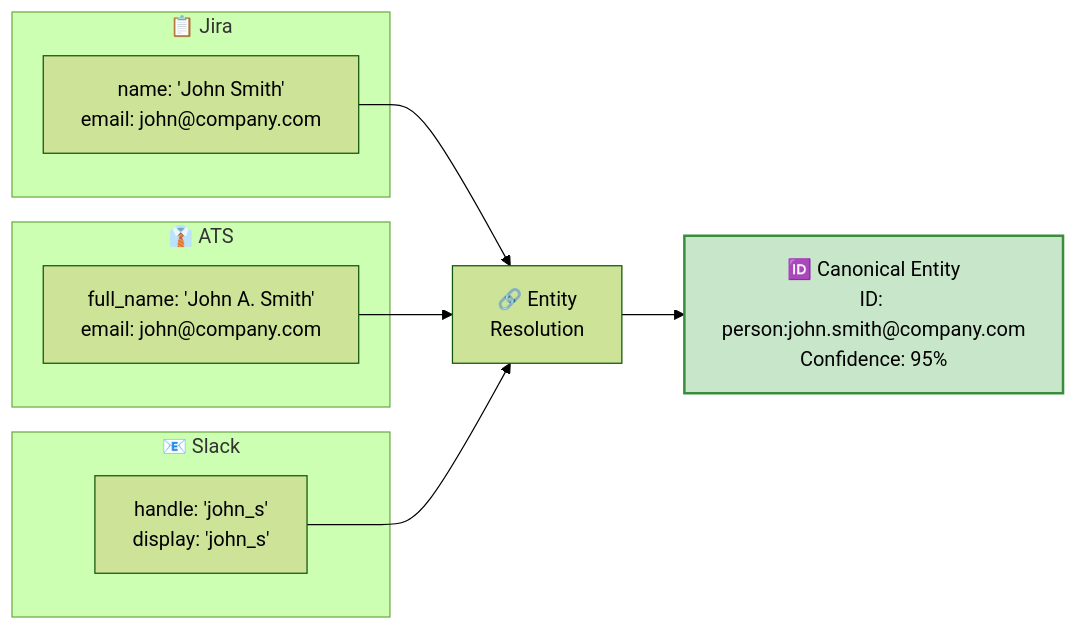
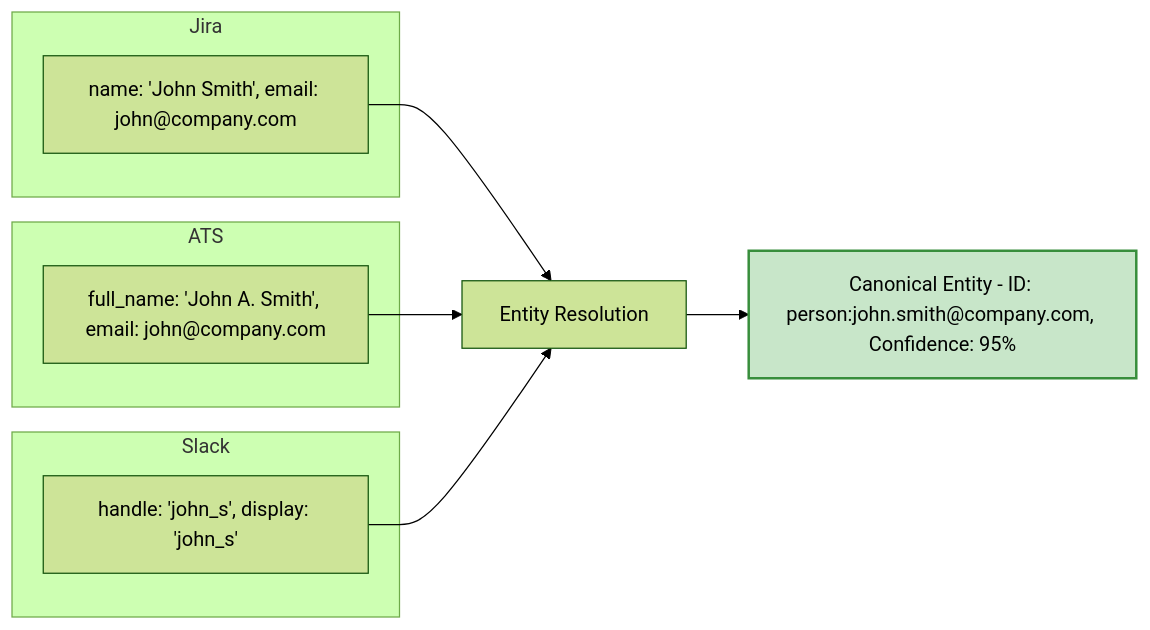
One commit to Arjun-Walia/MERIDIAN- changed the fourth of 10 diagrams in README.md. Above: the diagram before and after it, drawn with Mermaid (forest theme). The commit also changed other lines of this file, not shown here.

````diff
--- a/README.md
+++ b/README.md
@@ -337,22 +245,22 @@
 ```mermaid
 flowchart LR
-    subgraph "📋 Jira"
-        J["name: 'John Smith'<br/>email: john@company.com"]
+    subgraph "Jira"
+        J["name: 'John Smith', email: john@company.com"]
     end
     
-    subgraph "👔 ATS"
-        A["full_name: 'John A. Smith'<br/>email: john@company.com"]
+    subgraph "ATS"
+        A["full_name: 'John A. Smith', email: john@company.com"]
     end
     
-    subgraph "📧 Slack"
-        S["handle: 'john_s'<br/>display: 'john_s'"]
+    subgraph "Slack"
+        S["handle: 'john_s', display: 'john_s'"]
     end
     
-    J --> ER["🔗 Entity<br/>Resolution"]
+    J --> ER["Entity Resolution"]
     A --> ER
     S --> ER
     
-    ER --> C["🆔 Canonical Entity<br/>ID: person:john.smith@company.com<br/>Confidence: 95%"]
+    ER --> C["Canonical Entity - ID: person:john.smith@company.com, Confidence: 95%"]
     
     style C fill:#c8e6c9,stroke:#388e3c,stroke-width:2px
 ```
````
